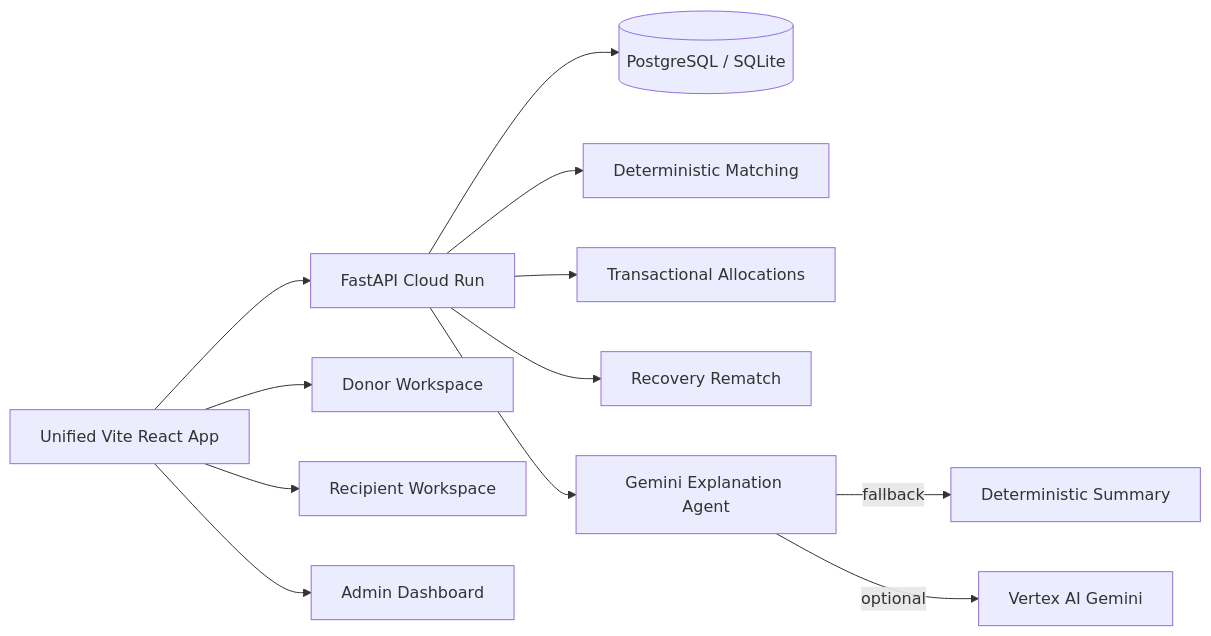
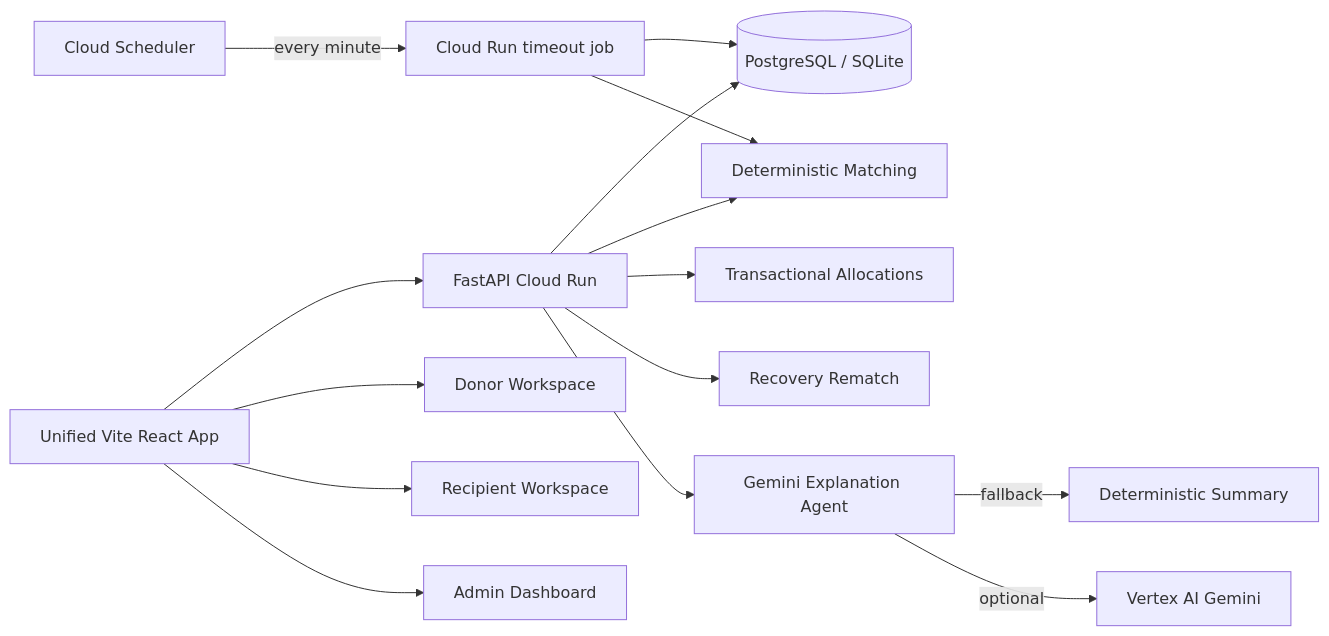
Before and after one commit to murali7032/RescueFlow-AI: the diagram in docs/ARCHITECTURE.md, drawn with Mermaid. The commit also changed other lines of this file and 33 other files, not shown here.

````diff
--- a/docs/ARCHITECTURE.md
+++ b/docs/ARCHITECTURE.md
@@ -5,14 +5,17 @@
 ```mermaid
 flowchart LR
   WebUI[Unified Vite React App] --> API[FastAPI Cloud Run]
   WebUI --> Donor[Donor Workspace]
   WebUI --> Recipient[Recipient Workspace]
   WebUI --> Admin[Admin Dashboard]
   API --> DB[(PostgreSQL / SQLite)]
   API --> Match[Deterministic Matching]
   API --> Alloc[Transactional Allocations]
   API --> Recovery[Recovery Rematch]
   API --> Agent[Gemini Explanation Agent]
   Agent -->|fallback| LocalExplain[Deterministic Summary]
   Agent -->|optional| Vertex[Vertex AI Gemini]
+  Scheduler[Cloud Scheduler] -->|every minute| TimeoutJob[Cloud Run timeout job]
+  TimeoutJob --> DB
+  TimeoutJob --> Match
 ```
````
